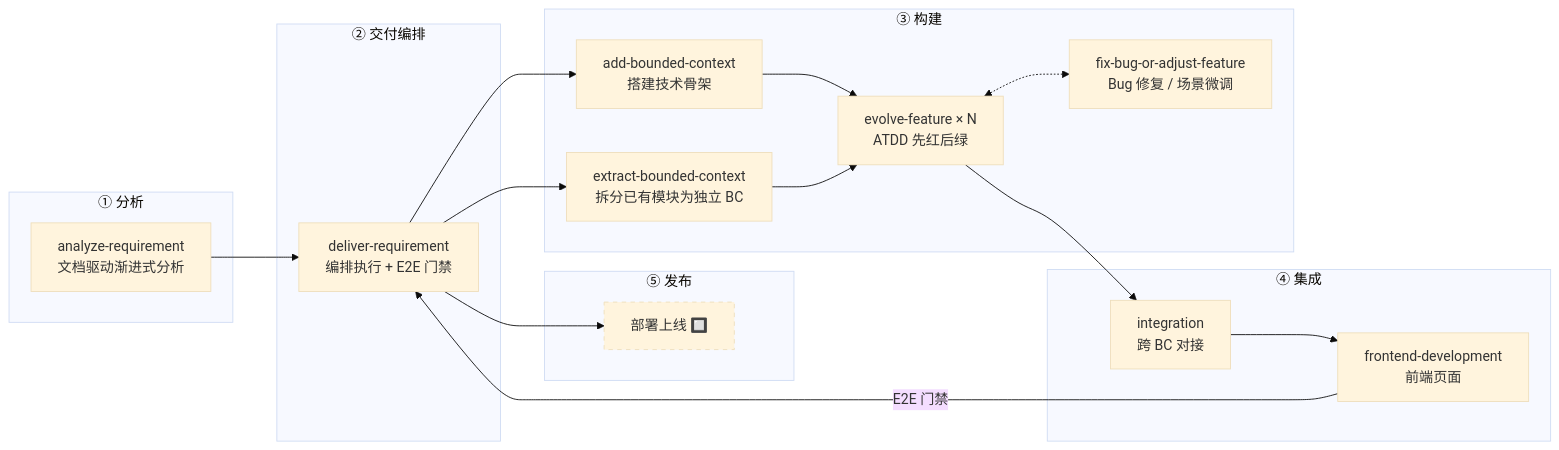
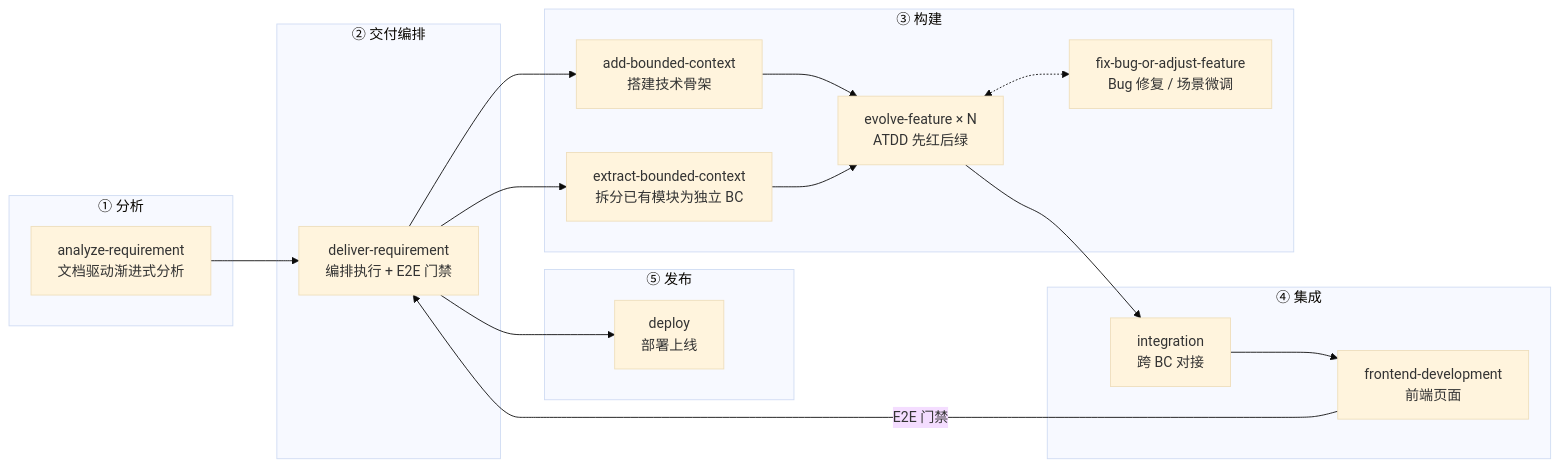
The second of 2 diagrams in .cursor/skills/README.md (mianhe/HMall), drawn with Mermaid (base theme) before and after one commit. The commit also changed other lines of this file and 4 other files, not shown here.

````diff
--- a/.cursor/skills/README.md
+++ b/.cursor/skills/README.md
@@ -82,39 +80,37 @@
 ```mermaid
 flowchart LR
     subgraph 分析["① 分析"]
         AR[analyze-requirement<br/>文档驱动渐进式分析]
     end
 
     subgraph 交付["② 交付编排"]
         DR[deliver-requirement<br/>编排执行 + E2E 门禁]
     end
 
     subgraph 构建["③ 构建"]
         ABC[add-bounded-context<br/>搭建技术骨架]
         XBC[extract-bounded-context<br/>拆分已有模块为独立 BC]
         EF[evolve-feature × N<br/>ATDD 先红后绿]
         FIX[fix-bug-or-adjust-feature<br/>Bug 修复 / 场景微调]
         ABC --> EF
         XBC --> EF
         EF <-.-> FIX
     end
 
     subgraph 集成["④ 集成"]
         INT[integration<br/>跨 BC 对接]
         FE[frontend-development<br/>前端页面]
         INT --> FE
     end
 
     subgraph 发布["⑤ 发布"]
-        DEPLOY[部署上线 🔲]
+        DEPLOY[deploy<br/>部署上线]
     end
 
     AR --> DR
     DR --> ABC
     DR --> XBC
     EF --> INT
     FE -->|E2E 门禁| DR
     DR --> DEPLOY
-
-    style DEPLOY stroke-dasharray: 5 5
 ```
````
